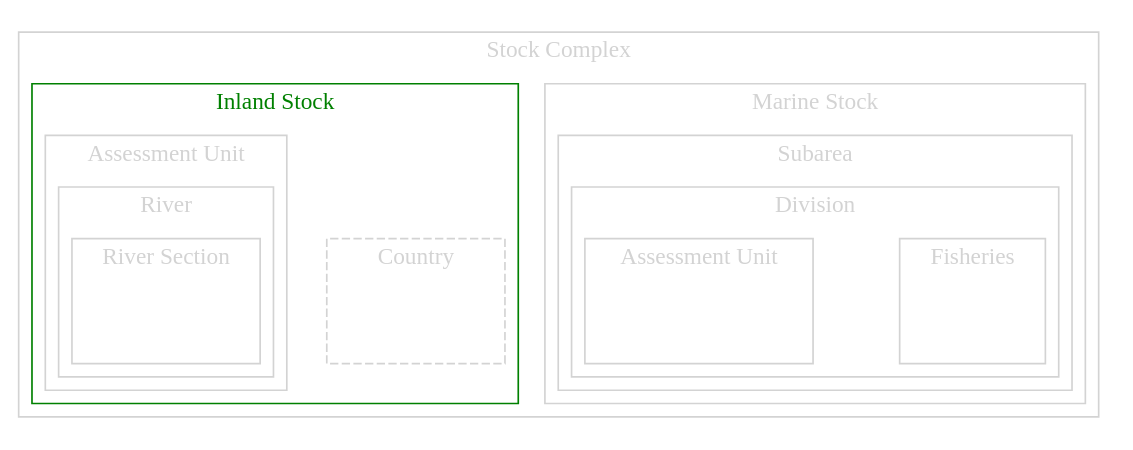
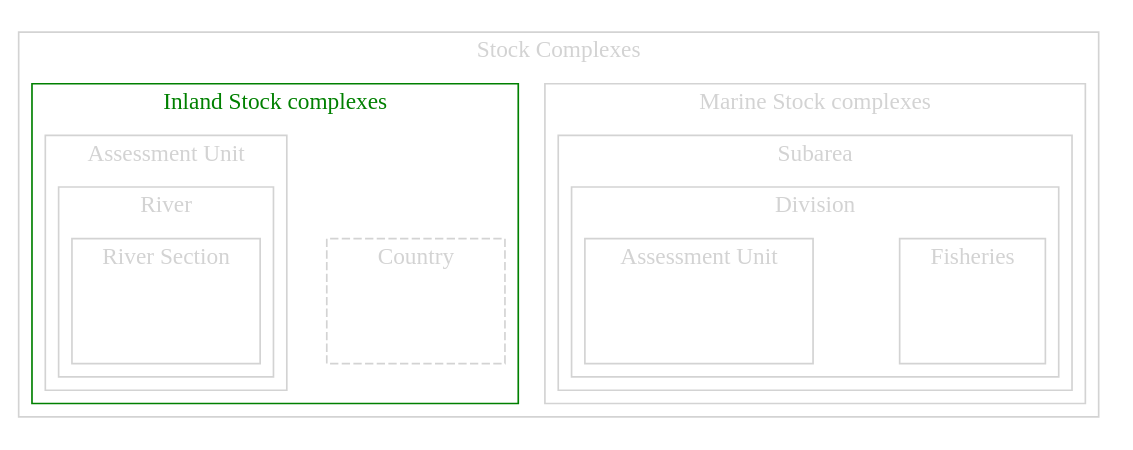
Diagram 11 of 20 in R/generating_graphs.qmd (DIASPARAproject/WP3_habitat), drawn with Graphviz before and after one commit. The commit also changed other lines of this file and 4 other files, not shown here.

```diff
--- a/R/generating_graphs.qmd
+++ b/R/generating_graphs.qmd
@@ -1041,14 +1041,14 @@
     rankdir="LR";
 
     subgraph clusterZ {
-      label = "Stock Complex"
+      label = "Stock Complexes"
       style=full
       color=lightgrey
       fontcolor=lightgrey
       center=true
 
       subgraph clusterA {
-        label = "Inland Stock"
+        label = "Inland Stock complexes"
         style=full
         color=green
         fontcolor=green
@@ -1094,7 +1094,7 @@
       }
 
       subgraph clusterF {
-      label = "Marine Stock"
+      label = "Marine Stock complexes"
       style=full
       color=lightgrey
       fontcolor=lightgrey
```
